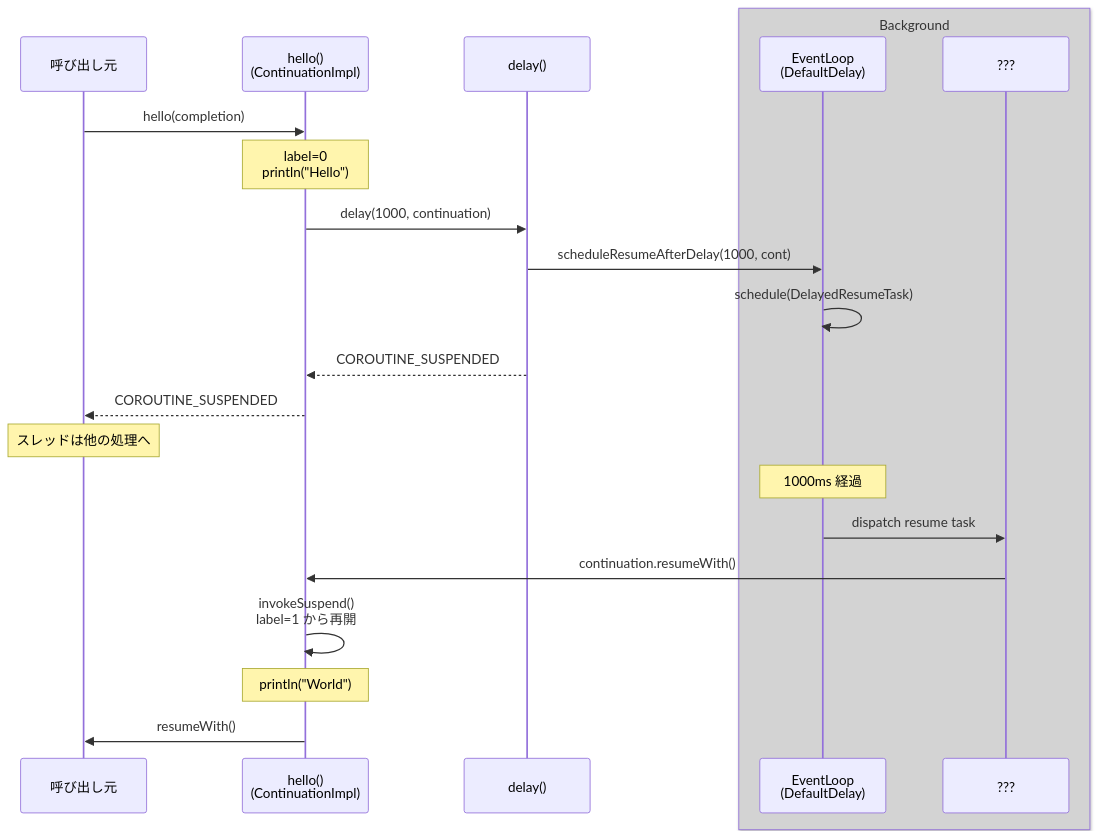
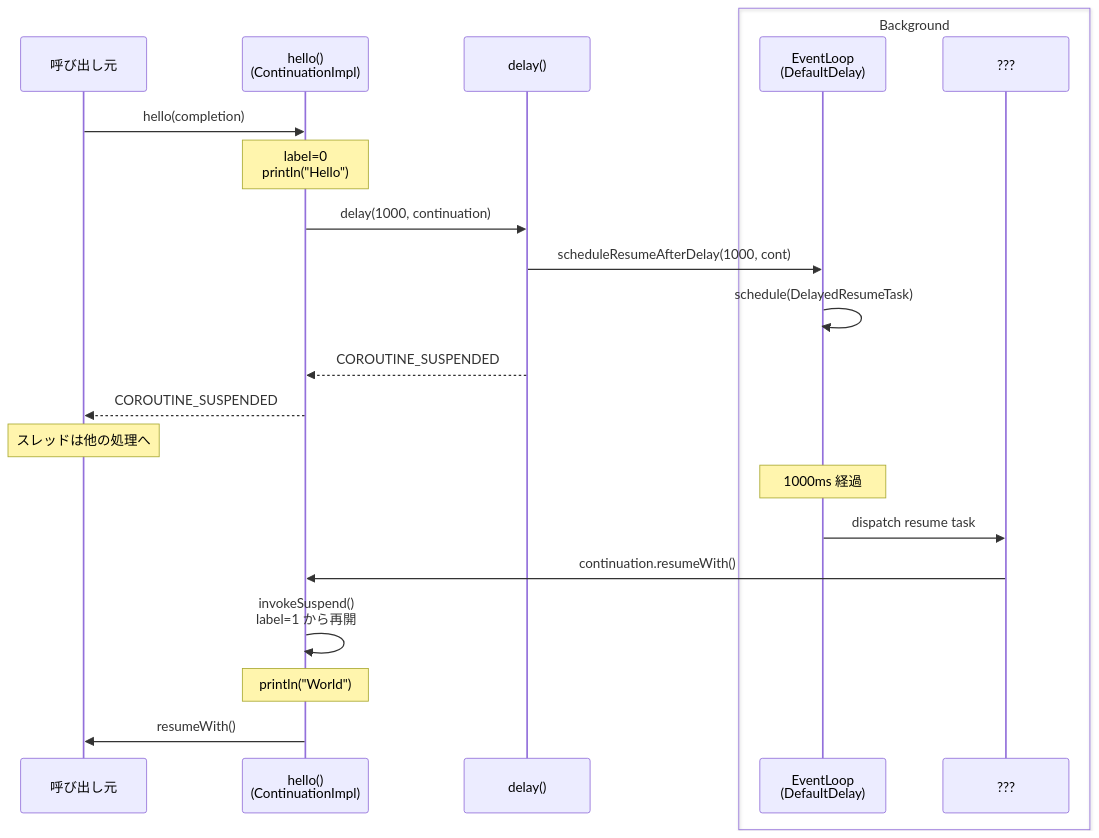
Before and after one commit to seiichi1101/zenn-content: the fourth of 5 diagrams in articles/kotlin-coroutine.md, drawn with Mermaid. The commit also changed other lines of this file and 4 other files, not shown here.

````diff
--- a/articles/kotlin-coroutine.md
+++ b/articles/kotlin-coroutine.md
@@ -322,27 +322,27 @@
 ```mermaid
 sequenceDiagram
     participant Caller as 呼び出し元
     participant hello as hello()<br/>(ContinuationImpl)
     participant delay as delay()
-    box LightGray Background
+    box rgba(0,0,0,0) Background
         participant eventLoop as EventLoop<br/>(DefaultDelay)
         participant unknown as ???
     end
 
     Caller->>hello: hello(completion)
     Note over hello: label=0<br/>println("Hello")
     hello->>delay: delay(1000, continuation)
     delay->>eventLoop: scheduleResumeAfterDelay(1000, cont)
     eventLoop->>eventLoop: schedule(DelayedResumeTask)
     delay-->>hello: COROUTINE_SUSPENDED
     hello-->>Caller: COROUTINE_SUSPENDED
     Note over Caller: スレッドは他の処理へ
 
     Note over eventLoop: 1000ms 経過
 
     eventLoop->>unknown: dispatch resume task
     unknown->>hello: continuation.resumeWith()
     hello->>hello: invokeSuspend()<br/>label=1 から再開
     Note over hello: println("World")
     hello->>Caller: resumeWith()
 ```
````
